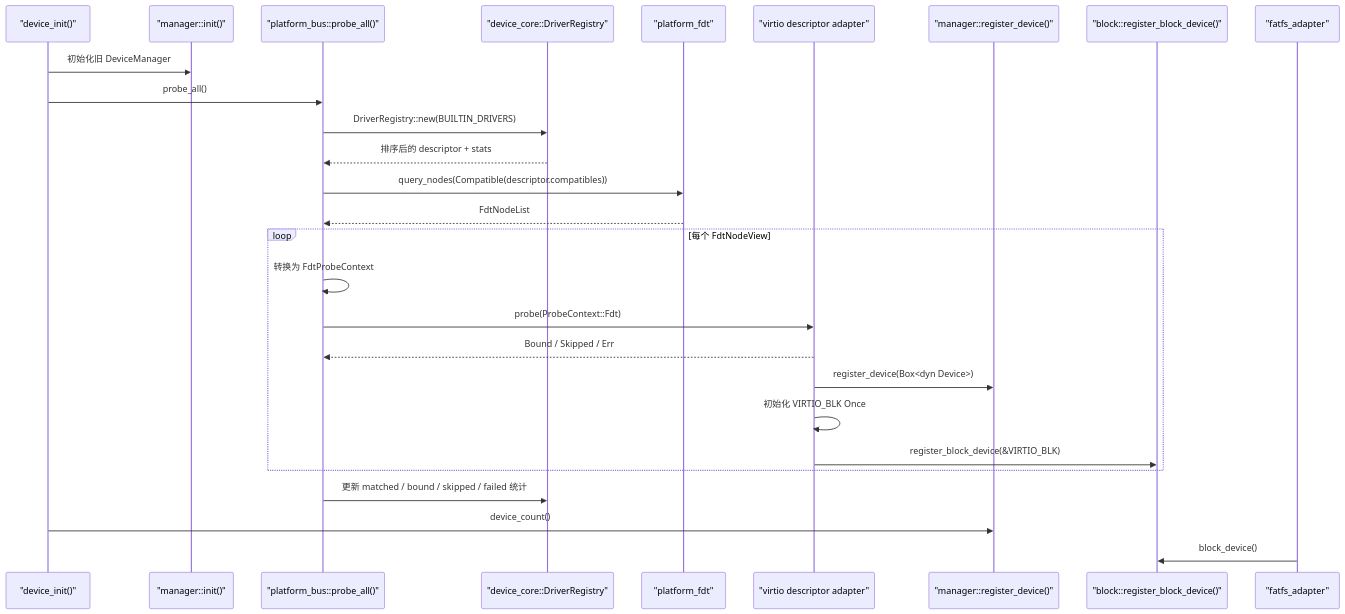
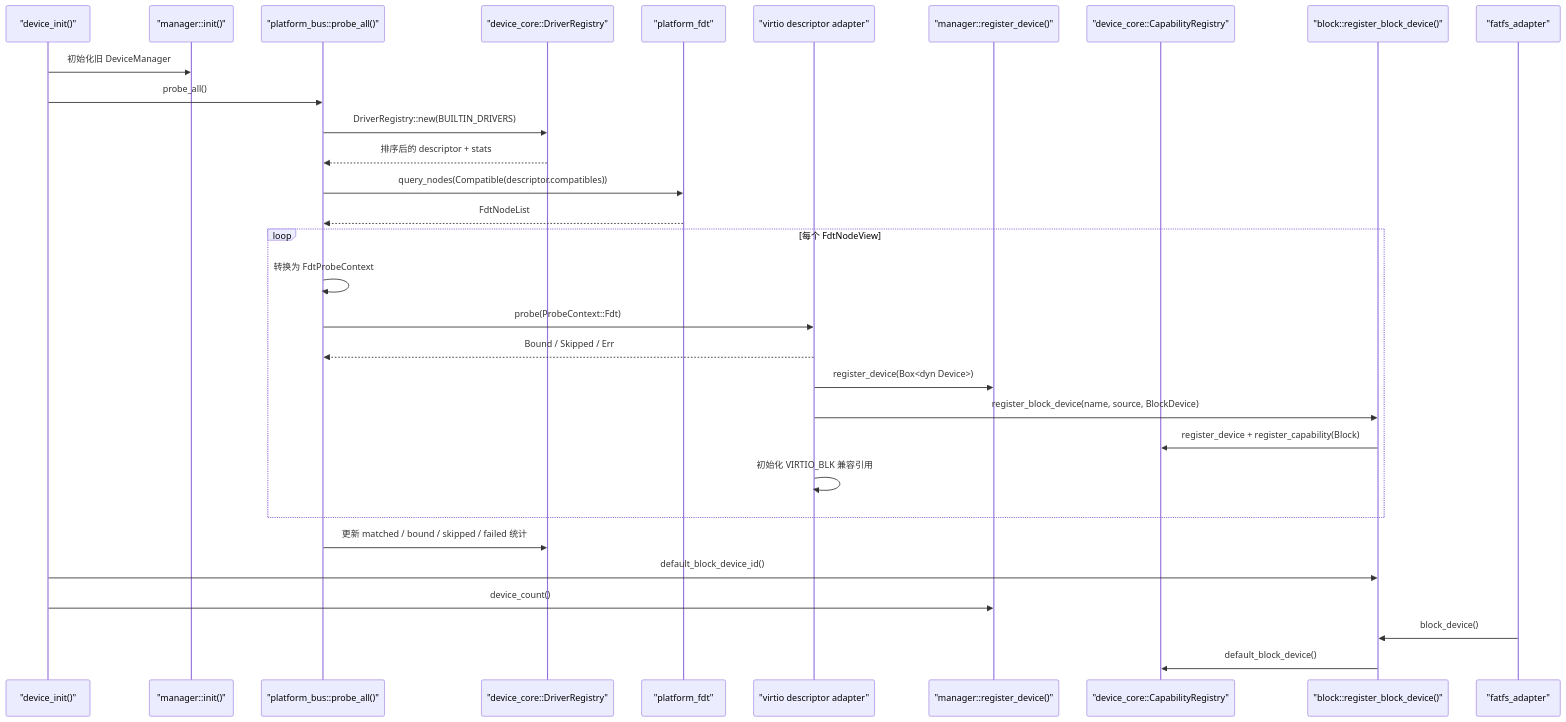
Before and after one commit to MRNIU/SimpleKernel: the first of 2 diagrams in docs/design/device-d2-driver-descriptor-probe.md, drawn with Mermaid. The commit also changed other lines of this file and 8 other files, not shown here.

First line of the commit message:
feat(device): route block capabilities through registry

````diff
--- a/docs/design/device-d2-driver-descriptor-probe.md
+++ b/docs/design/device-d2-driver-descriptor-probe.md
@@ -92,30 +92,34 @@
 ```mermaid
 sequenceDiagram
   participant Init as "device_init()"
   participant Manager as "manager::init()"
   participant Bus as "platform_bus::probe_all()"
   participant Registry as "device_core::DriverRegistry"
   participant Fdt as "platform_fdt"
   participant Virtio as "virtio descriptor adapter"
   participant DeviceManager as "manager::register_device()"
+  participant Capability as "device_core::CapabilityRegistry"
   participant Block as "block::register_block_device()"
   participant Fs as "fatfs_adapter"
 
   Init->>Manager: 初始化旧 DeviceManager
   Init->>Bus: probe_all()
   Bus->>Registry: DriverRegistry::new(BUILTIN_DRIVERS)
   Registry-->>Bus: 排序后的 descriptor + stats
   Bus->>Fdt: query_nodes(Compatible(descriptor.compatibles))
   Fdt-->>Bus: FdtNodeList
   loop 每个 FdtNodeView
     Bus->>Bus: 转换为 FdtProbeContext
     Bus->>Virtio: probe(ProbeContext::Fdt)
     Virtio-->>Bus: Bound / Skipped / Err
     Virtio->>DeviceManager: register_device(Box<dyn Device>)
-    Virtio->>Virtio: 初始化 VIRTIO_BLK Once
-    Virtio->>Block: register_block_device(&VIRTIO_BLK)
+    Virtio->>Block: register_block_device(name, source, BlockDevice)
+    Block->>Capability: register_device + register_capability(Block)
+    Virtio->>Virtio: 初始化 VIRTIO_BLK 兼容引用
   end
   Bus->>Registry: 更新 matched / bound / skipped / failed 统计
+  Init->>Block: default_block_device_id()
   Init->>DeviceManager: device_count()
   Fs->>Block: block_device()
+  Block->>Capability: default_block_device()
 ```
````
